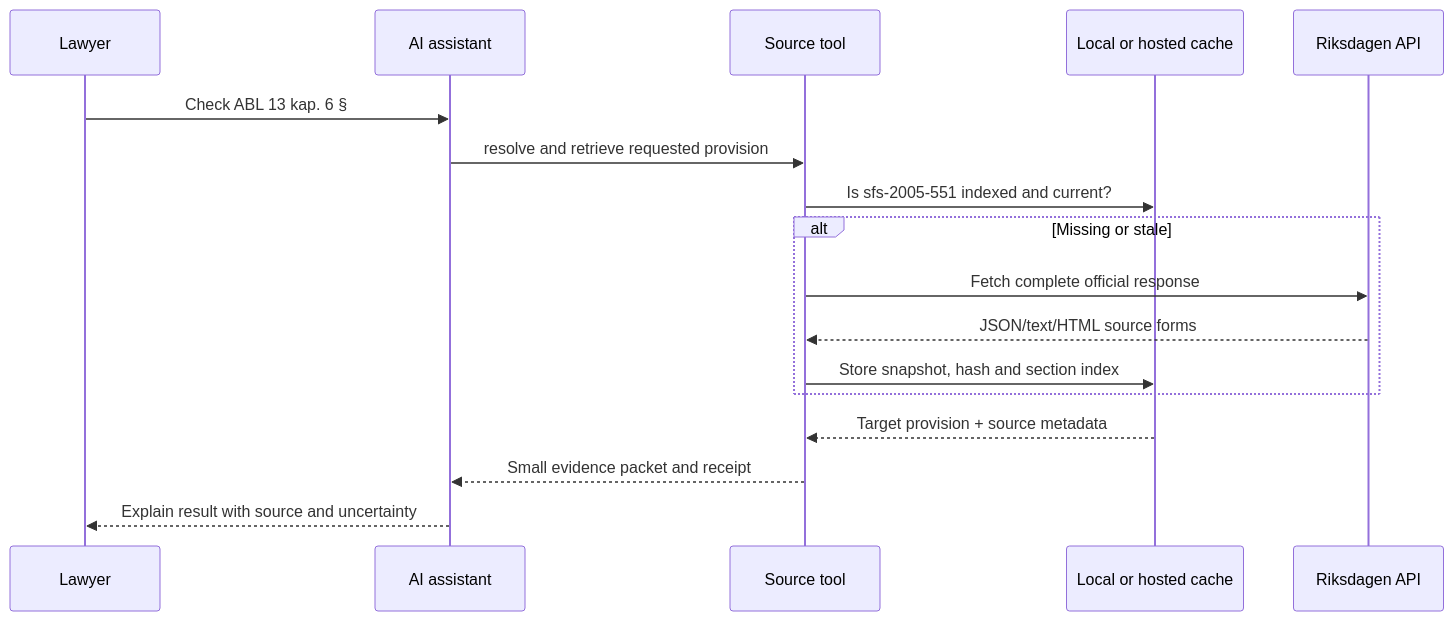
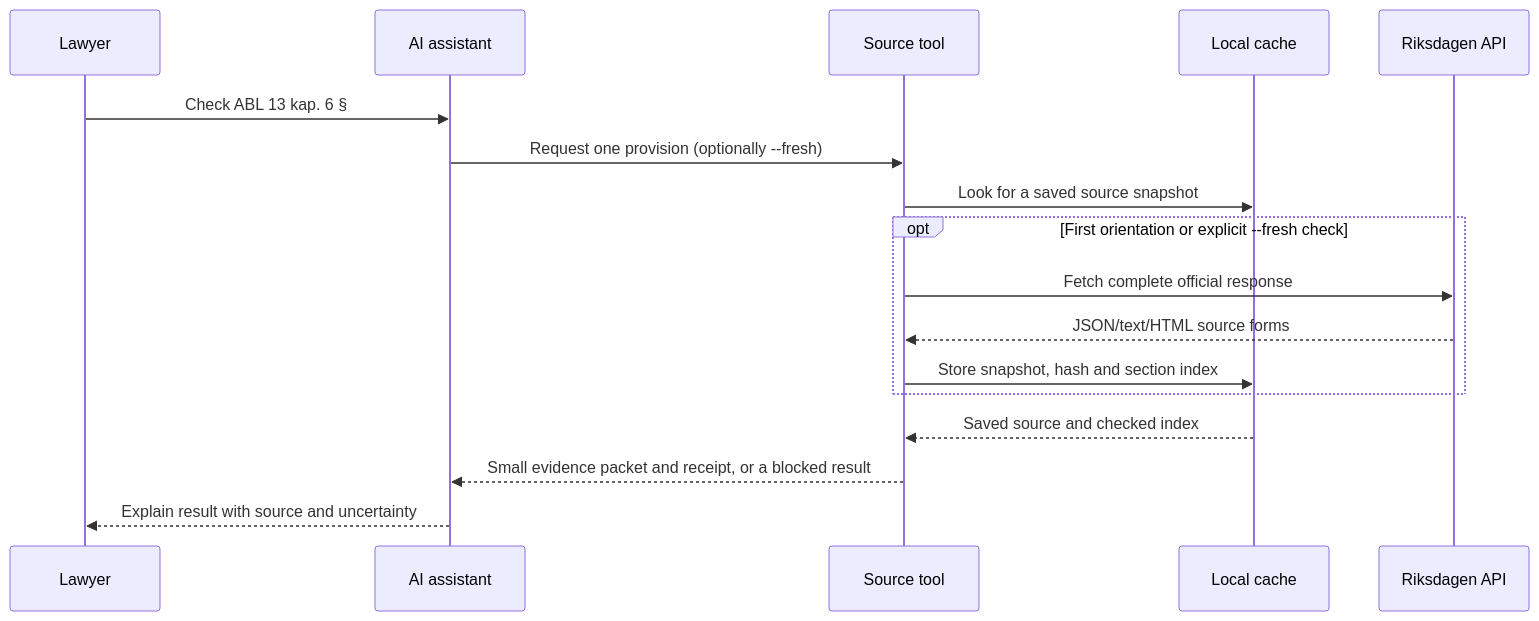
One commit to robertkuter/legal-source-connector changed the diagram in docs/DISTRIBUTION.md. Above: the diagram before and after it, drawn with Mermaid. The commit also changed other lines of this file and 5 other files, not shown here.

````diff
--- a/docs/DISTRIBUTION.md
+++ b/docs/DISTRIBUTION.md
@@ -8,20 +8,20 @@
 ```mermaid
 sequenceDiagram
   participant L as Lawyer
   participant A as AI assistant
   participant T as Source tool
-  participant C as Local or hosted cache
+  participant C as Local cache
   participant R as Riksdagen API
 
   L->>A: Check ABL 13 kap. 6 §
-  A->>T: resolve and retrieve requested provision
-  T->>C: Is sfs-2005-551 indexed and current?
-  alt Missing or stale
+  A->>T: Request one provision (optionally --fresh)
+  T->>C: Look for a saved source snapshot
+  opt First orientation or explicit --fresh check
     T->>R: Fetch complete official response
     R-->>T: JSON/text/HTML source forms
     T->>C: Store snapshot, hash and section index
   end
-  C-->>T: Target provision + source metadata
-  T-->>A: Small evidence packet and receipt
+  C-->>T: Saved source and checked index
+  T-->>A: Small evidence packet and receipt, or a blocked result
   A-->>L: Explain result with source and uncertainty
 ```
````
